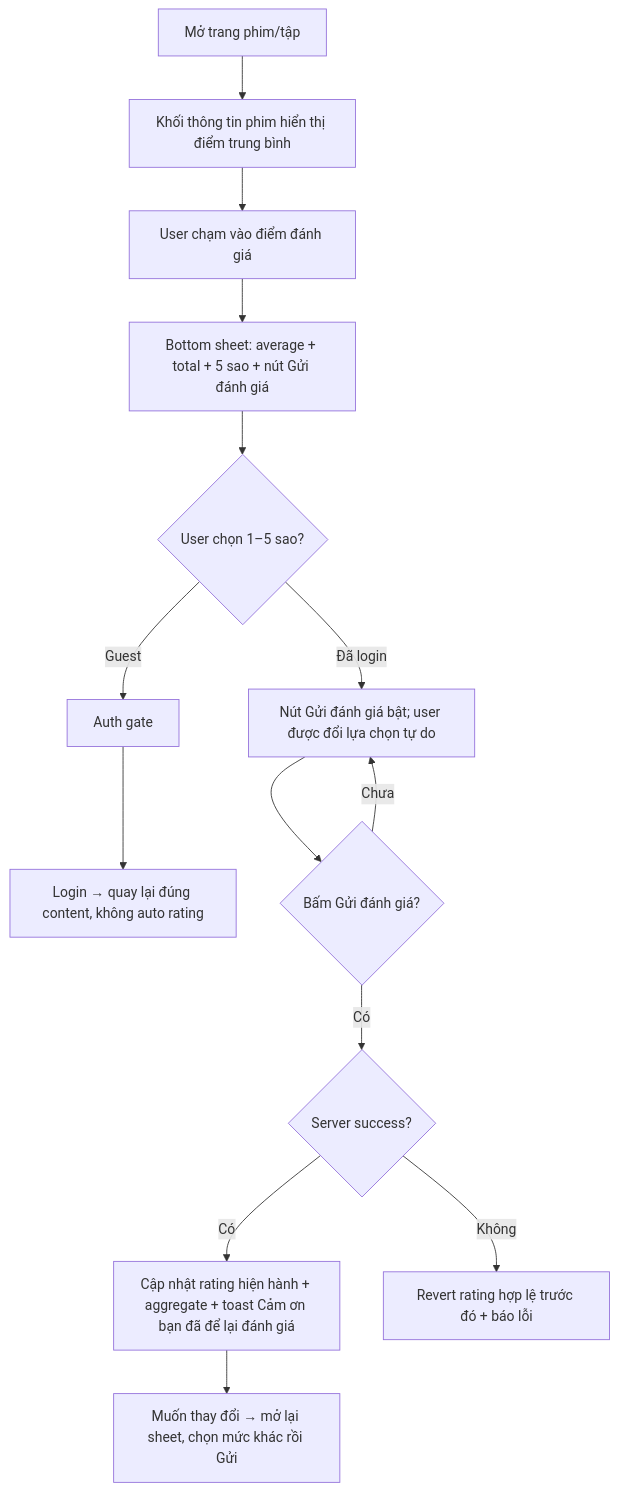
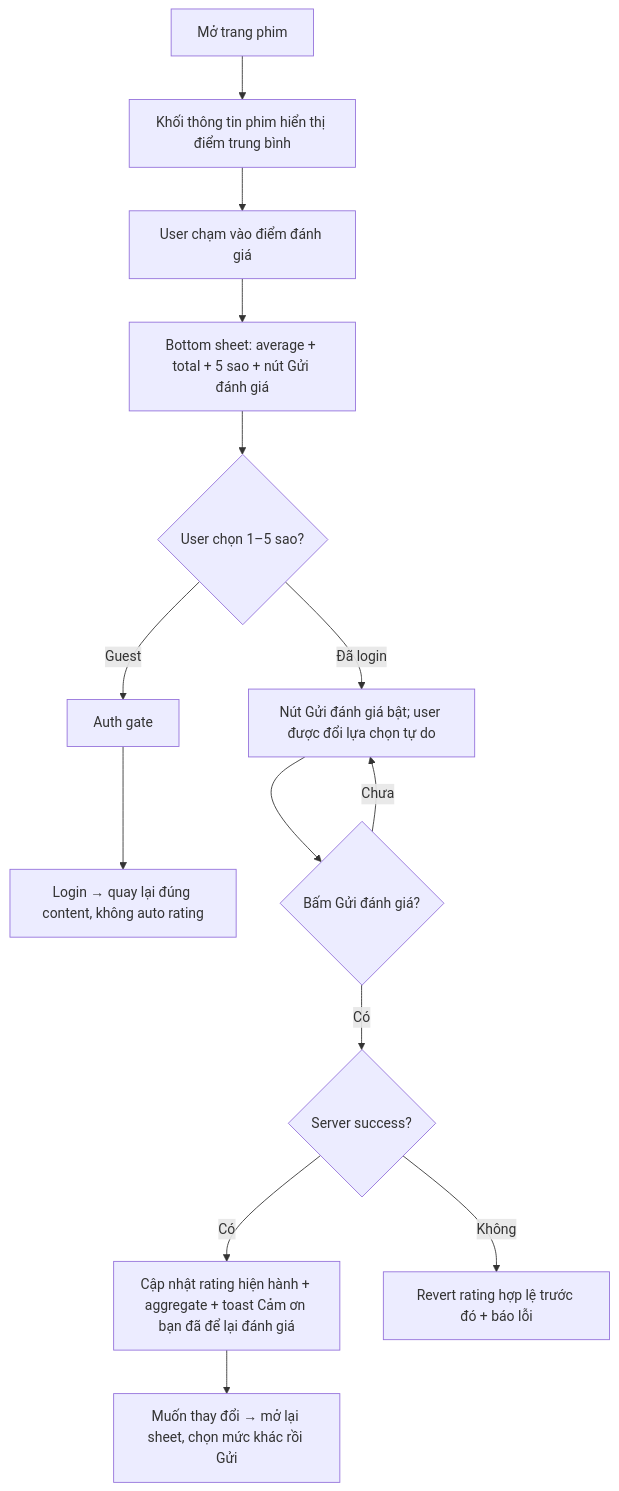
Before and after one commit to tannguyenho/MyTV-Comment: the diagram in EP01_TRAI_NGHIEM_BINH_LUAN_VA_DANH_GIA/US03_USER_FLOW.md, drawn with Mermaid. The commit also changed other lines of this file and 114 other files, not shown here.

First line of the commit message:
docs: chuẩn hóa phạm vi bình luận và đánh giá về cấp phim

````diff
--- a/EP01_TRAI_NGHIEM_BINH_LUAN_VA_DANH_GIA/US03_USER_FLOW.md
+++ b/EP01_TRAI_NGHIEM_BINH_LUAN_VA_DANH_GIA/US03_USER_FLOW.md
@@ -9,16 +9,16 @@
 ```mermaid
 flowchart TD
- A[Mở trang phim/tập] --> B[Khối thông tin phim hiển thị điểm trung bình]
+ A[Mở trang phim] --> B[Khối thông tin phim hiển thị điểm trung bình]
  B --> C[User chạm vào điểm đánh giá]
  C --> D[Bottom sheet: average + total + 5 sao + nút Gửi đánh giá]
  D --> E{User chọn 1–5 sao?}
  E -->|Guest| F[Auth gate]
  F --> G[Login → quay lại đúng content, không auto rating]
  E -->|Đã login| H[Nút Gửi đánh giá bật; user được đổi lựa chọn tự do]
  H --> I{Bấm Gửi đánh giá?}
  I -->|Chưa| H
  I -->|Có| J{Server success?}
  J -->|Có| K[Cập nhật rating hiện hành + aggregate + toast Cảm ơn bạn đã để lại đánh giá]
  J -->|Không| L[Revert rating hợp lệ trước đó + báo lỗi]
  K --> M[Muốn thay đổi → mở lại sheet, chọn mức khác rồi Gửi]
 ```
````
